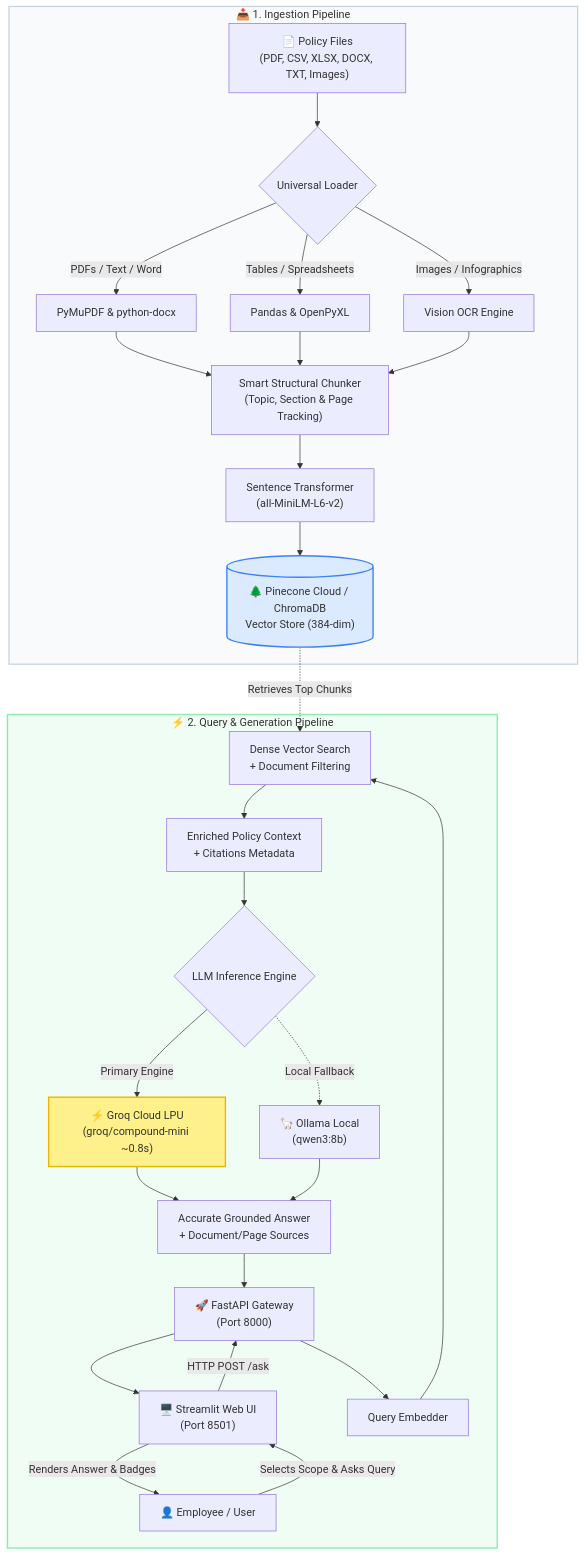
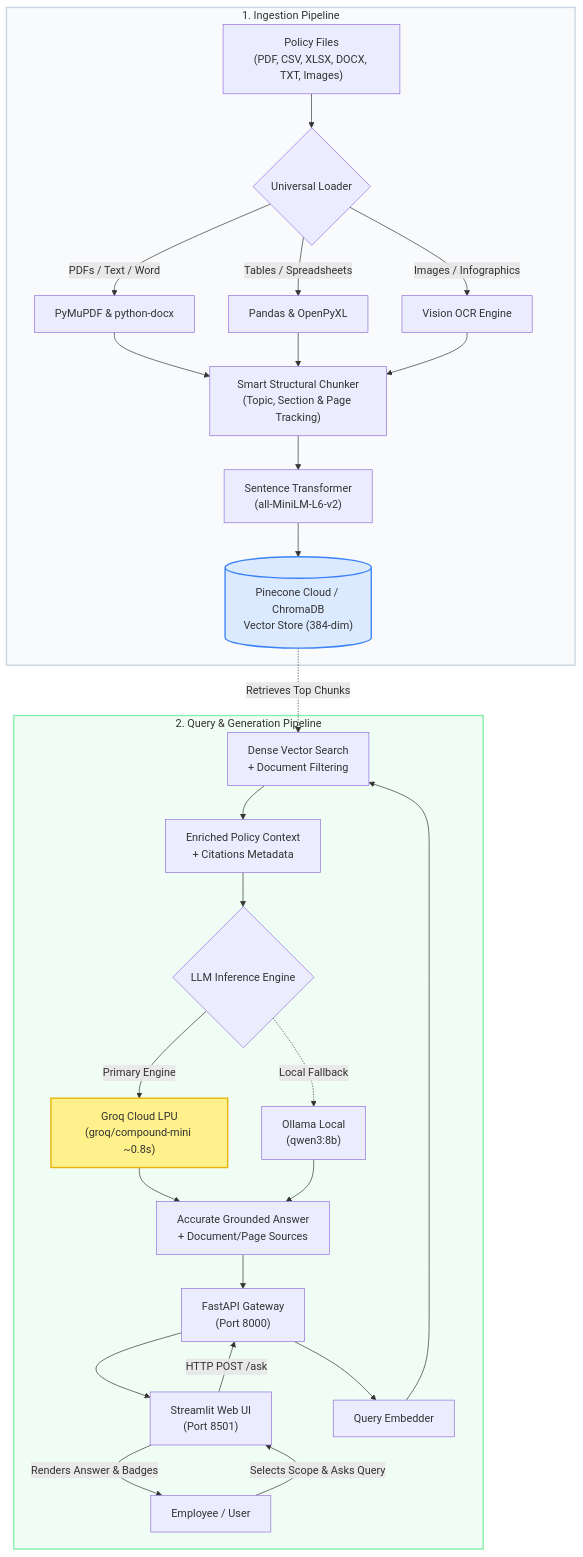
Before and after one commit to sydelendure/Rag-assistant: the diagram in README.md, drawn with Mermaid. The commit also changed other lines of this file, not shown here.

````diff
--- a/README.md
+++ b/README.md
@@ -11,38 +11,39 @@
 ```mermaid
 flowchart TD
-    subgraph INGESTION["📥 1. Ingestion Pipeline"]
-        A["📄 Policy Files<br/>(PDF, CSV, XLSX, DOCX, TXT, Images)"] --> B{"Universal Loader"}
+    subgraph INGESTION["1. Ingestion Pipeline"]
+        A["Policy Files<br/>(PDF, CSV, XLSX, DOCX, TXT, Images)"] --> B{"Universal Loader"}
         B -->|PDFs / Text / Word| C["PyMuPDF & python-docx"]
         B -->|Tables / Spreadsheets| D["Pandas & OpenPyXL"]
         B -->|Images / Infographics| E["Vision OCR Engine"]
         
         C & D & E --> F["Smart Structural Chunker<br/>(Topic, Section & Page Tracking)"]
         F --> G["Sentence Transformer<br/>(all-MiniLM-L6-v2)"]
-        G --> H[("🌲 Pinecone Cloud / ChromaDB<br/>Vector Store (384-dim)")]
+        G --> H[("Pinecone Cloud / ChromaDB<br/>Vector Store (384-dim)")]
     end
 
-    subgraph QUERY["⚡ 2. Query & Generation Pipeline"]
-        U["👤 Employee / User"] -->|Selects Scope & Asks Query| UI["🖥️ Streamlit Web UI<br/>(Port 8501)"]
-        UI -->|HTTP POST /ask| API["🚀 FastAPI Gateway<br/>(Port 8000)"]
+    subgraph QUERY["2. Query & Generation Pipeline"]
+        U["Employee / User"] -->|Selects Scope & Asks Query| UI["Streamlit Web UI<br/>(Port 8501)"]
+        UI -->|HTTP POST /ask| API["FastAPI Gateway<br/>(Port 8000)"]
         
         API --> Q_EMB["Query Embedder"]
         Q_EMB --> V_SEARCH["Dense Vector Search<br/>+ Document Filtering"]
         H -.->|Retrieves Top Chunks| V_SEARCH
         
         V_SEARCH --> CTX["Enriched Policy Context<br/>+ Citations Metadata"]
-        CTX --> LLM{"LLM Inference Engine"}
+        LLM{"LLM Inference Engine"}
+        CTX --> LLM
         
-        LLM -->|Primary Engine| GROQ["⚡ Groq Cloud LPU<br/>(groq/compound-mini ~0.8s)"]
-        LLM -.->|Local Fallback| OLLAMA["🦙 Ollama Local<br/>(qwen3:8b)"]
+        LLM -->|Primary Engine| GROQ["Groq Cloud LPU<br/>(groq/compound-mini ~0.8s)"]
+        LLM -.->|Local Fallback| OLLAMA["Ollama Local<br/>(qwen3:8b)"]
         
         GROQ & OLLAMA --> GEN_ANS["Accurate Grounded Answer<br/>+ Document/Page Sources"]
         GEN_ANS --> API
         API --> UI
         UI -->|Renders Answer & Badges| U
     end
 
     style INGESTION fill:#f8fafc,stroke:#cbd5e1,stroke-width:2px
     style QUERY fill:#f0fdf4,stroke:#86efac,stroke-width:2px
     style GROQ fill:#fef08a,stroke:#eab308,stroke-width:2px
     style H fill:#dbeafe,stroke:#3b82f6,stroke-width:2px
 ```
````
